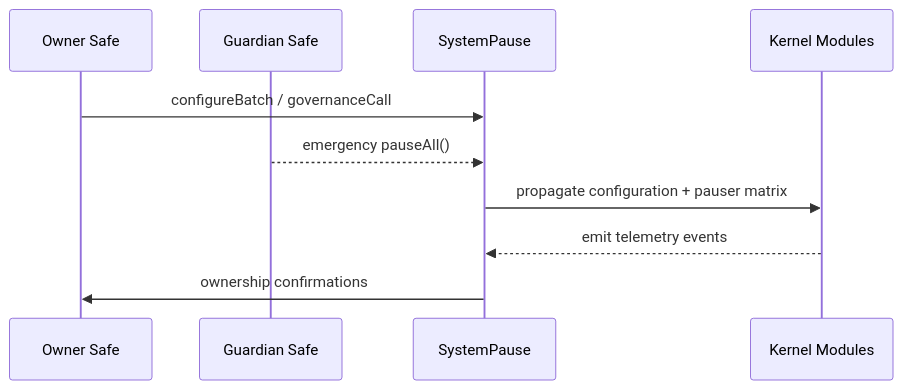
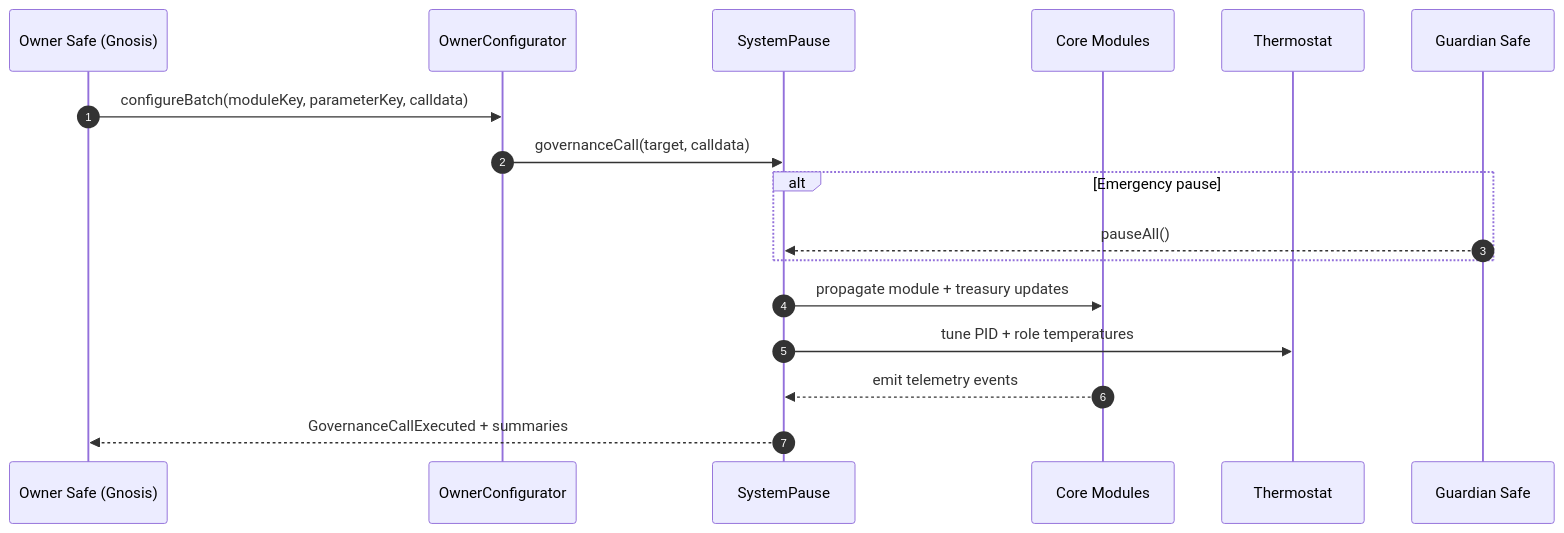
The first of 5 diagrams in hardhat/README.md (MontrealAI/agijobs-sovereign-labor-v0p1), drawn with Mermaid before and after one commit. The commit also changed other lines of this file, not shown here.

````diff
--- a/hardhat/README.md
+++ b/hardhat/README.md
@@ -41,12 +45,20 @@
 ```mermaid
 sequenceDiagram
-    participant OwnerSafe as Owner Safe
+    autonumber
+    participant OwnerSafe as Owner Safe (Gnosis)
+    participant Config as OwnerConfigurator
+    participant Pause as SystemPause
+    participant Modules as Core Modules
+    participant Thermo as Thermostat
     participant Guardian as Guardian Safe
-    participant SystemPause as SystemPause
-    participant Modules as Kernel Modules
-    OwnerSafe->>SystemPause: configureBatch / governanceCall
-    Guardian-->>SystemPause: emergency pauseAll()
-    SystemPause->>Modules: propagate configuration + pauser matrix
-    Modules-->>SystemPause: emit telemetry events
-    SystemPause->>OwnerSafe: ownership confirmations
+
+    OwnerSafe->>Config: configureBatch(moduleKey, parameterKey, calldata)
+    Config->>Pause: governanceCall(target, calldata)
+    alt Emergency pause
+        Guardian-->>Pause: pauseAll()
+    end
+    Pause->>Modules: propagate module + treasury updates
+    Pause->>Thermo: tune PID + role temperatures
+    Modules-->>Pause: emit telemetry events
+    Pause-->>OwnerSafe: GovernanceCallExecuted + summaries
 ```
````
